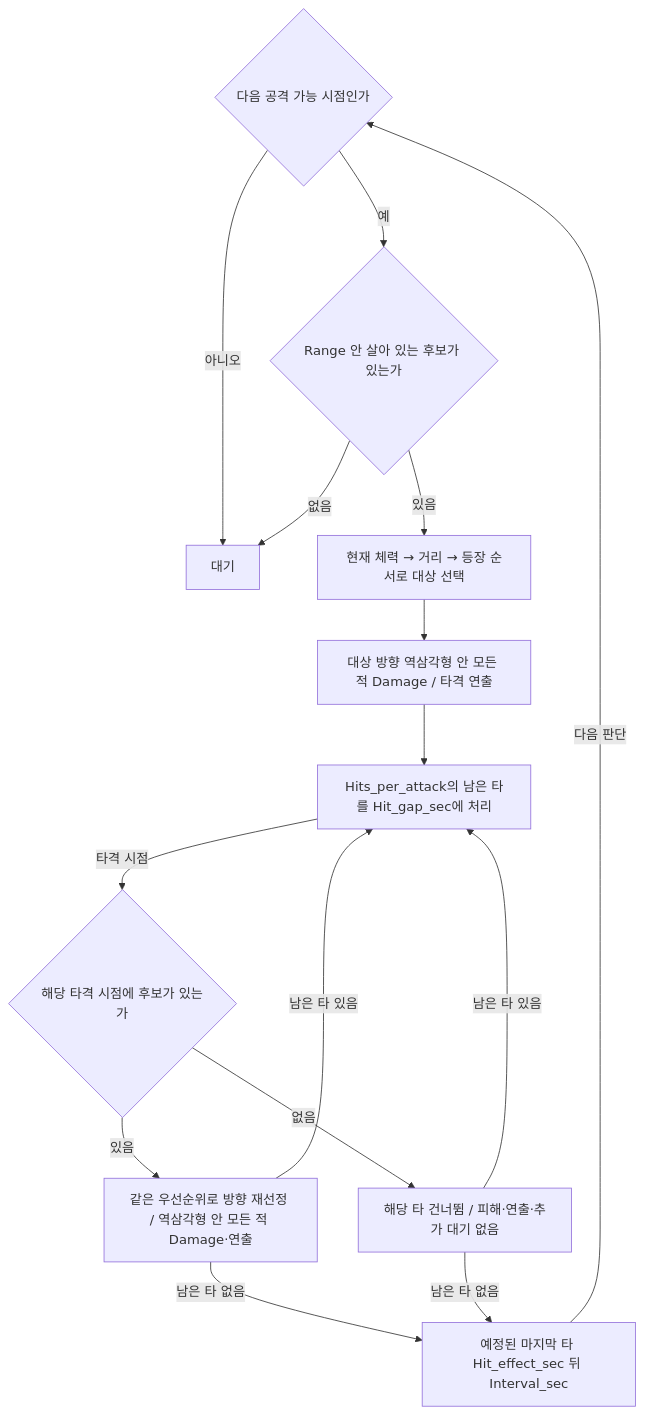
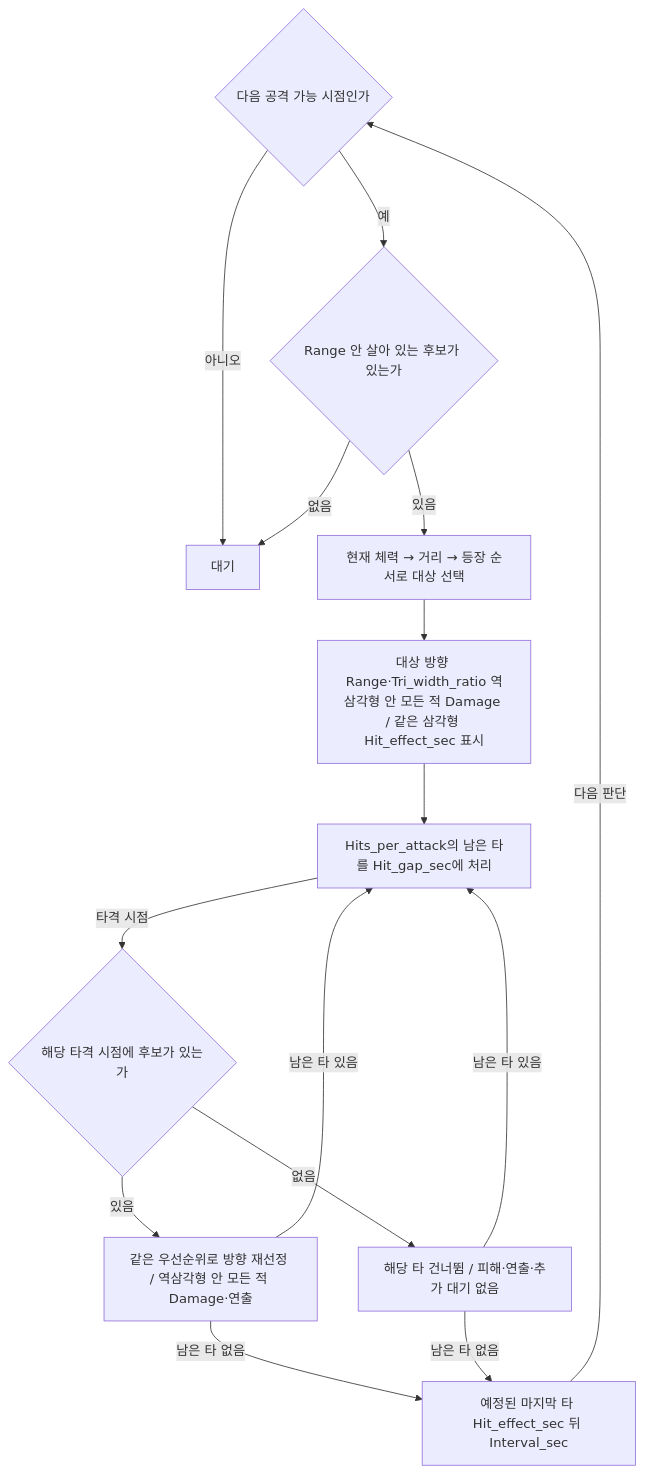
The first of 2 diagrams in docs/systems/03_combat_and_survival.md (MoongTaeng-I/aigame), drawn with Mermaid before and after one commit. The commit also changed other lines of this file and 18 other files, not shown here.

````diff
--- a/docs/systems/03_combat_and_survival.md
+++ b/docs/systems/03_combat_and_survival.md
@@ -175,27 +176,27 @@
 ```mermaid
 flowchart TD
     P0{"다음 공격 가능 시점인가"}
     P1["대기"]
     P2{"Range 안 살아 있는 후보가 있는가"}
     P3["현재 체력 → 거리 → 등장 순서로 대상 선택"]
-    P4["대상 방향 역삼각형 안 모든 적 Damage / 타격 연출"]
+    P4["대상 방향 Range·Tri_width_ratio 역삼각형 안 모든 적 Damage / 같은 삼각형 Hit_effect_sec 표시"]
     P5["Hits_per_attack의 남은 타를 Hit_gap_sec에 처리"]
     P6{"해당 타격 시점에 후보가 있는가"}
     P7["같은 우선순위로 방향 재선정 / 역삼각형 안 모든 적 Damage·연출"]
     P8["해당 타 건너뜀 / 피해·연출·추가 대기 없음"]
     P9["예정된 마지막 타 Hit_effect_sec 뒤 Interval_sec"]
     P0 -->|아니오| P1
     P0 -->|예| P2
     P2 -->|없음| P1
     P2 -->|있음| P3
     P3 --> P4
     P4 --> P5
     P5 -->|타격 시점| P6
     P6 -->|있음| P7
     P6 -->|없음| P8
     P7 -->|남은 타 있음| P5
     P8 -->|남은 타 있음| P5
     P7 -->|남은 타 없음| P9
     P8 -->|남은 타 없음| P9
     P9 -->|다음 판단| P0
 ```
````
